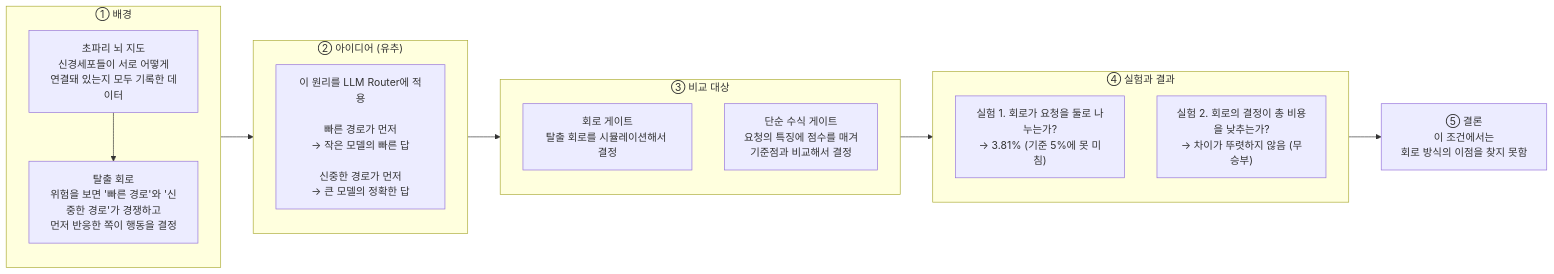
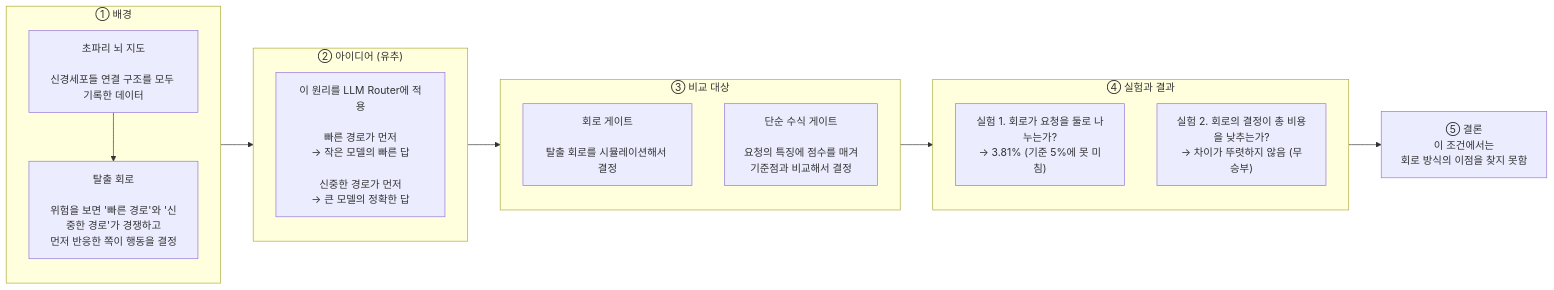
One commit to ok0/reflex-router changed the diagram in README.md. Above: the diagram before and after it, drawn with Mermaid.

Commit message:
docs: adjust flowchart spacing in readme

````diff
--- a/README.md
+++ b/README.md
@@ -11,29 +11,29 @@
 ```mermaid
 flowchart LR
     subgraph L1["① 배경"]
         direction TB
-        a1["초파리 뇌 지도<br/>신경세포들이 서로 어떻게<br/>연결돼 있는지 모두 기록한 데이터"]
-        a2["탈출 회로<br/>위험을 보면 '빠른 경로'와 '신중한 경로'가 경쟁하고<br/>먼저 반응한 쪽이 행동을 결정"]
+        a1["초파리 뇌 지도<br/><br/>신경세포들 연결 구조를 모두 기록한 데이터"]
+        a2["탈출 회로<br/><br/>위험을 보면 '빠른 경로'와 '신중한 경로'가 경쟁하고<br/>먼저 반응한 쪽이 행동을 결정"]
         a1 --> a2
     end
 
     subgraph L2["② 아이디어 (유추)"]
         b1["이 원리를 LLM Router에 적용<br/><br/>빠른 경로가 먼저<br/>→ 작은 모델의 빠른 답<br/><br/>신중한 경로가 먼저<br/>→ 큰 모델의 정확한 답"]
     end
 
     subgraph L3["③ 비교 대상"]
         direction TB
-        c1["회로 게이트<br/>탈출 회로를 시뮬레이션해서 결정"]
-        c2["단순 수식 게이트<br/>요청의 특징에 점수를 매겨<br/>기준점과 비교해서 결정"]
+        c1["회로 게이트<br/><br/>탈출 회로를 시뮬레이션해서 결정"]
+        c2["단순 수식 게이트<br/><br/>요청의 특징에 점수를 매겨<br/>기준점과 비교해서 결정"]
     end
 
     subgraph L4["④ 실험과 결과"]
         direction TB
         d1["실험 1. 회로가 요청을 둘로 나누는가?<br/>→ 3.81% (기준 5%에 못 미침)"]
         d2["실험 2. 회로의 결정이 총 비용을 낮추는가?<br/>→ 차이가 뚜렷하지 않음 (무승부)"]
     end
 
     R["⑤ 결론<br/>이 조건에서는<br/>회로 방식의 이점을 찾지 못함"]
 
     L1 --> L2 --> L3 --> L4 --> R
 ```
````
